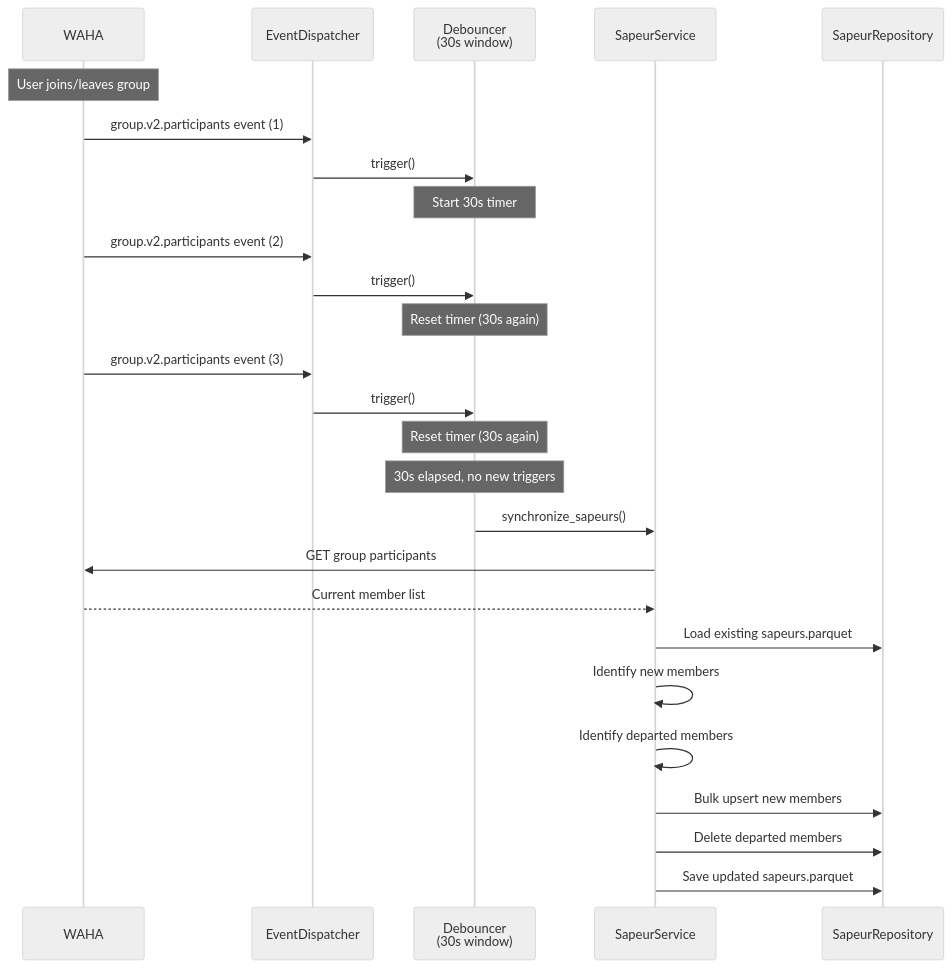
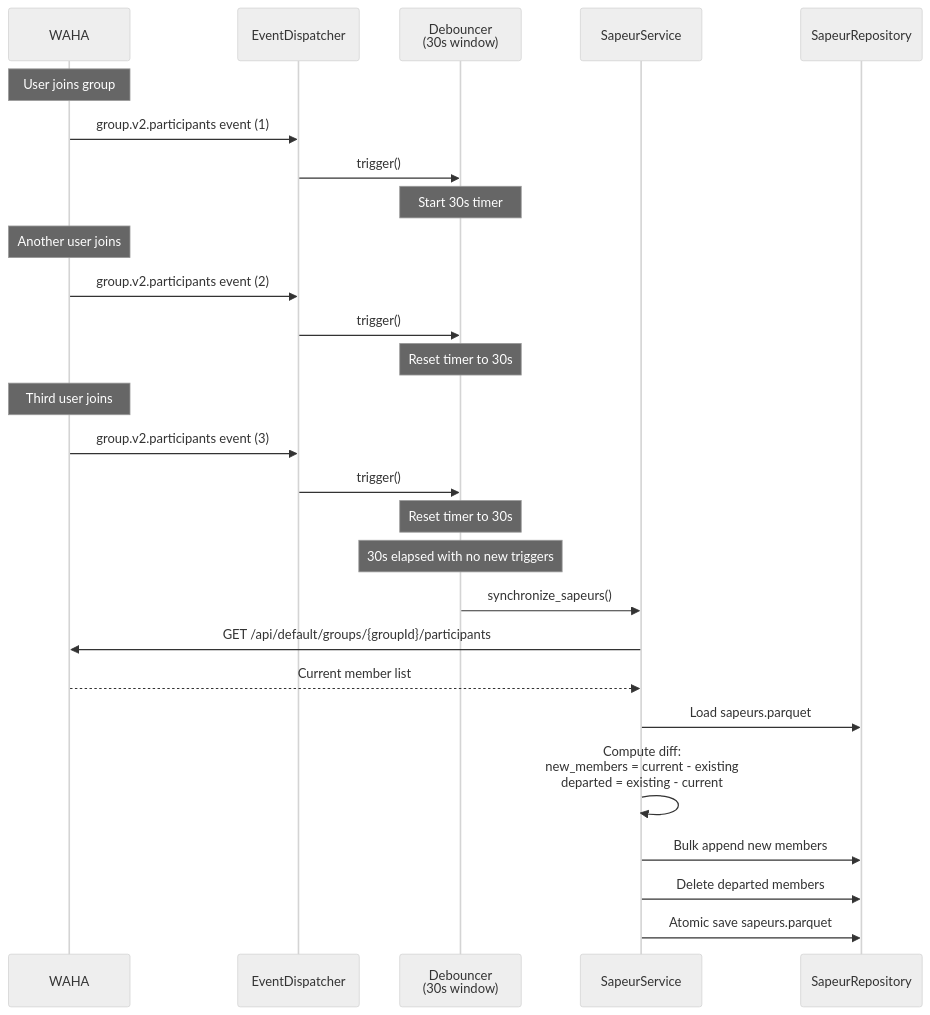
The fourth of 5 diagrams in README.md (Gardebot/Gardebot), drawn with Mermaid (neutral theme) before and after one commit. The commit also changed other lines of this file, not shown here.

````diff
--- a/README.md
+++ b/README.md
@@ -160,32 +145,33 @@
 ```mermaid
 sequenceDiagram
     participant W as WAHA
     participant D as EventDispatcher
     participant Deb as Debouncer<br/>(30s window)
     participant Svc as SapeurService
     participant Repo as SapeurRepository
     
-    Note over W: User joins/leaves group
+    Note over W: User joins group
     W->>D: group.v2.participants event (1)
     D->>Deb: trigger()
     Note over Deb: Start 30s timer
     
+    Note over W: Another user joins
     W->>D: group.v2.participants event (2)
     D->>Deb: trigger()
-    Note over Deb: Reset timer (30s again)
+    Note over Deb: Reset timer to 30s
     
+    Note over W: Third user joins
     W->>D: group.v2.participants event (3)
     D->>Deb: trigger()
-    Note over Deb: Reset timer (30s again)
+    Note over Deb: Reset timer to 30s
     
-    Note over Deb: 30s elapsed, no new triggers
+    Note over Deb: 30s elapsed with no new triggers
     Deb->>Svc: synchronize_sapeurs()
-    Svc->>W: GET group participants
+    Svc->>W: GET /api/default/groups/{groupId}/participants
     W-->>Svc: Current member list
-    Svc->>Repo: Load existing sapeurs.parquet
-    Svc->>Svc: Identify new members
-    Svc->>Svc: Identify departed members
-    Svc->>Repo: Bulk upsert new members
+    Svc->>Repo: Load sapeurs.parquet
+    Svc->>Svc: Compute diff:<br/>new_members = current - existing<br/>departed = existing - current
+    Svc->>Repo: Bulk append new members
     Svc->>Repo: Delete departed members
-    Svc->>Repo: Save updated sapeurs.parquet
+    Svc->>Repo: Atomic save sapeurs.parquet
 ```
````
